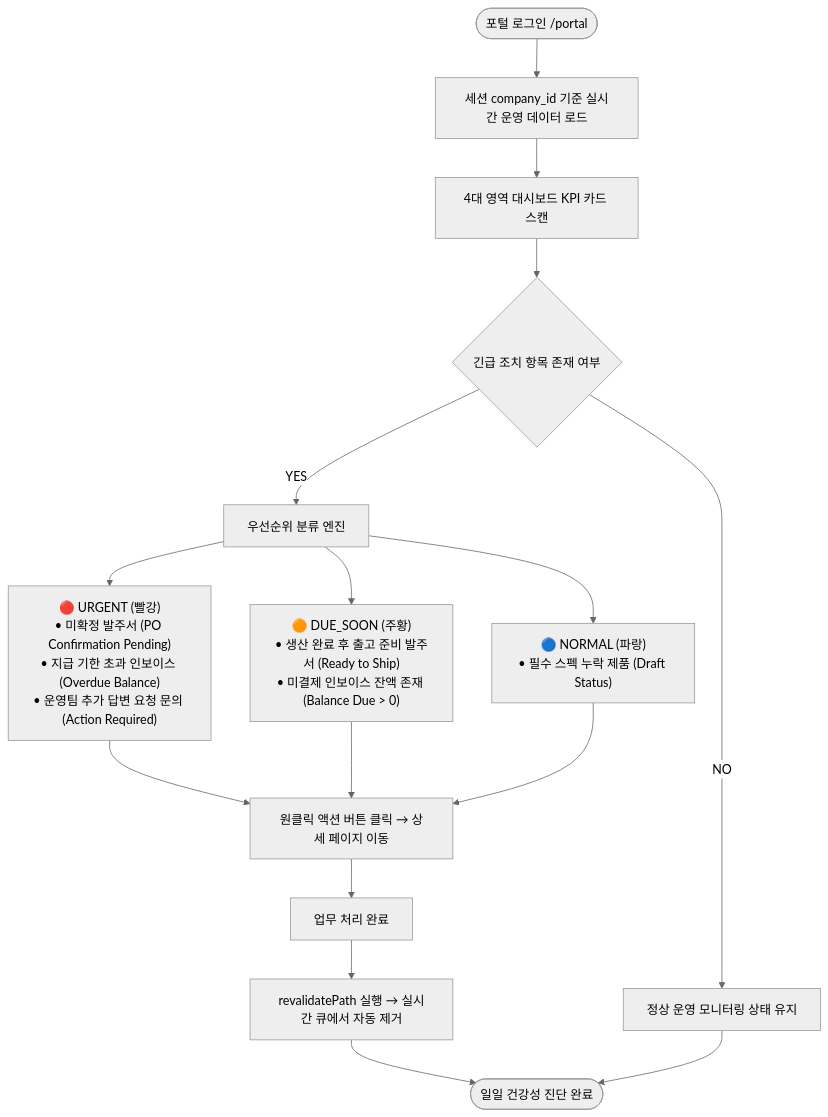
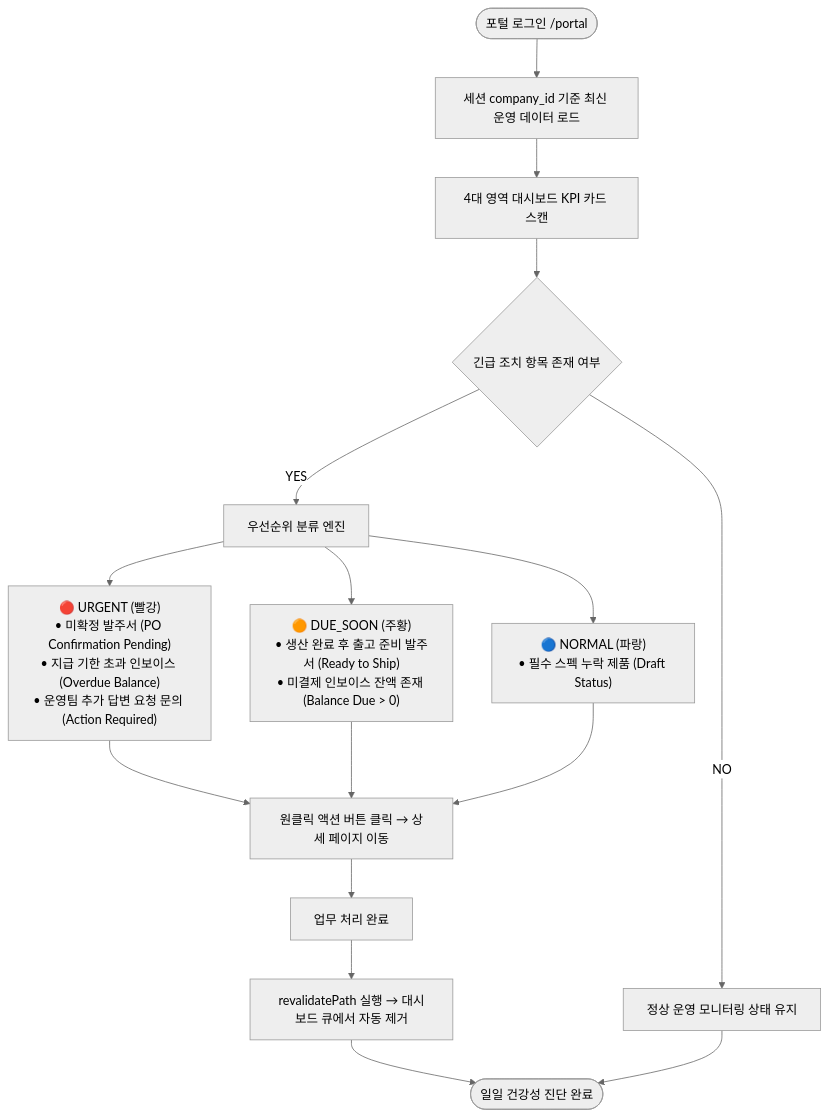
Before and after one commit to chaehahm-Kr/KBGP-Portal: the second of 5 diagrams in Manuals/MAN-B-RPT-001_Reports-Performance/02_CLAUDE_PACKAGE/03_DIAGRAMS/REPORTS_PERFORMANCE_ARCHITECTURE_DIAGRAMS.md, drawn with Mermaid (neutral theme). The commit also changed other lines of this file and 6 other files, not shown here.

````diff
--- a/Manuals/MAN-B-RPT-001_Reports-Performance/02_CLAUDE_PACKAGE/03_DIAGRAMS/REPORTS_PERFORMANCE_ARCHITECTURE_DIAGRAMS.md
+++ b/Manuals/MAN-B-RPT-001_Reports-Performance/02_CLAUDE_PACKAGE/03_DIAGRAMS/REPORTS_PERFORMANCE_ARCHITECTURE_DIAGRAMS.md
@@ -47,23 +47,23 @@
 ```mermaid
 flowchart TD
-    START([포털 로그인 /portal]) --> LOAD_DATA[세션 company_id 기준 실시간 운영 데이터 로드]
+    START([포털 로그인 /portal]) --> LOAD_DATA[세션 company_id 기준 최신 운영 데이터 로드]
     LOAD_DATA --> SCAN_KPIS[4대 영역 대시보드 KPI 카드 스캔]
     
     SCAN_KPIS --> EVAL_ACTION{긴급 조치 항목 존재 여부}
     
     EVAL_ACTION -- YES --> PRIORITY_ENGINE[우선순위 분류 엔진]
     EVAL_ACTION -- NO --> STABLE_MONITORING[정상 운영 모니터링 상태 유지]
     
     PRIORITY_ENGINE --> URGENT_BOX["🔴 URGENT (빨강)<br>• 미확정 발주서 (PO Confirmation Pending)<br>• 지급 기한 초과 인보이스 (Overdue Balance)<br>• 운영팀 추가 답변 요청 문의 (Action Required)"]
     PRIORITY_ENGINE --> DUE_SOON_BOX["🟠 DUE_SOON (주황)<br>• 생산 완료 후 출고 준비 발주서 (Ready to Ship)<br>• 미결제 인보이스 잔액 존재 (Balance Due > 0)"]
     PRIORITY_ENGINE --> NORMAL_BOX["🔵 NORMAL (파랑)<br>• 필수 스펙 누락 제품 (Draft Status)"]
     
     URGENT_BOX --> ONE_CLICK_ACT[원클릭 액션 버튼 클릭 → 상세 페이지 이동]
     DUE_SOON_BOX --> ONE_CLICK_ACT
     NORMAL_BOX --> ONE_CLICK_ACT
     
     ONE_CLICK_ACT --> TASK_RESOLVE[업무 처리 완료]
-    TASK_RESOLVE --> CACHE_REVALIDATE[revalidatePath 실행 → 실시간 큐에서 자동 제거]
+    TASK_RESOLVE --> CACHE_REVALIDATE[revalidatePath 실행 → 대시보드 큐에서 자동 제거]
     CACHE_REVALIDATE --> COMPLETE([일일 건강성 진단 완료])
     STABLE_MONITORING --> COMPLETE
 ```
````
